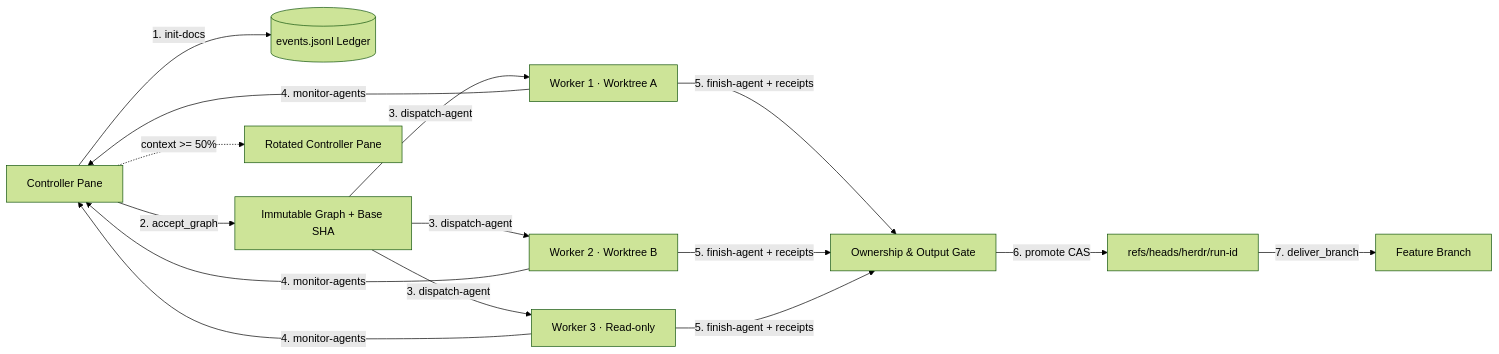
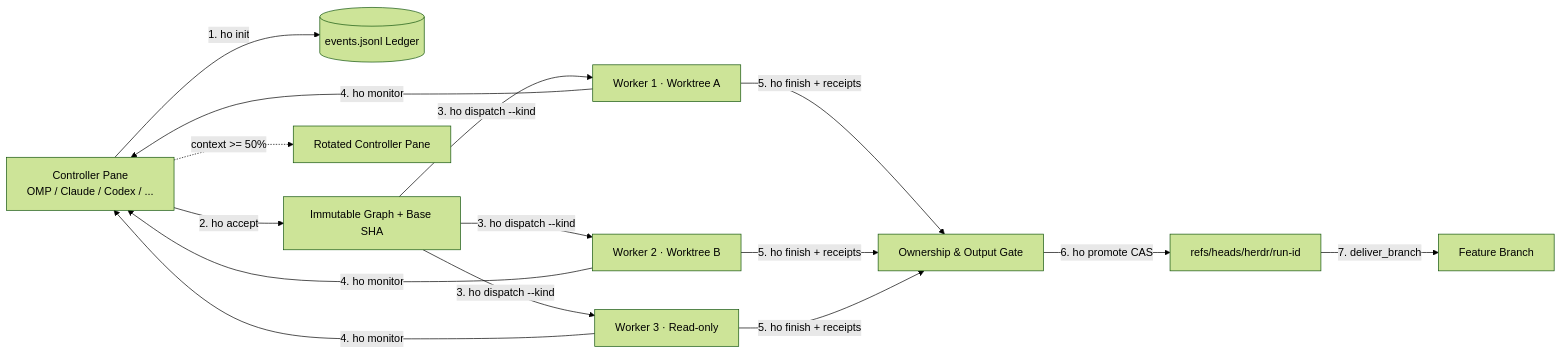
Before and after one commit to pallav10/herdr-orchestrator: the diagram in README.md, drawn with Mermaid (forest theme). The commit also changed other lines of this file, not shown here.

````diff
--- a/README.md
+++ b/README.md
@@ -54,13 +197,13 @@
 ```mermaid
 flowchart LR
-  C[Controller Pane] -->|1. init-docs| L[(events.jsonl Ledger)]
-  C -->|2. accept_graph| G[Immutable Graph + Base SHA]
-  G -->|3. dispatch-agent| W1[Worker 1 · Worktree A]
-  G -->|3. dispatch-agent| W2[Worker 2 · Worktree B]
-  G -->|3. dispatch-agent| W3[Worker 3 · Read-only]
-  W1 & W2 & W3 -->|4. monitor-agents| C
-  W1 & W2 & W3 -->|5. finish-agent + receipts| V[Ownership & Output Gate]
-  V -->|6. promote CAS| R[refs/heads/herdr/run-id]
+  C[Controller Pane<br/>OMP / Claude / Codex / ...] -->|1. ho init| L[(events.jsonl Ledger)]
+  C -->|2. ho accept| G[Immutable Graph + Base SHA]
+  G -->|3. ho dispatch --kind| W1[Worker 1 · Worktree A]
+  G -->|3. ho dispatch --kind| W2[Worker 2 · Worktree B]
+  G -->|3. ho dispatch --kind| W3[Worker 3 · Read-only]
+  W1 & W2 & W3 -->|4. ho monitor| C
+  W1 & W2 & W3 -->|5. ho finish + receipts| V[Ownership & Output Gate]
+  V -->|6. ho promote CAS| R[refs/heads/herdr/run-id]
   R -->|7. deliver_branch| B[Feature Branch]
   C -.->|context >= 50%| C2[Rotated Controller Pane]
 ```
````
